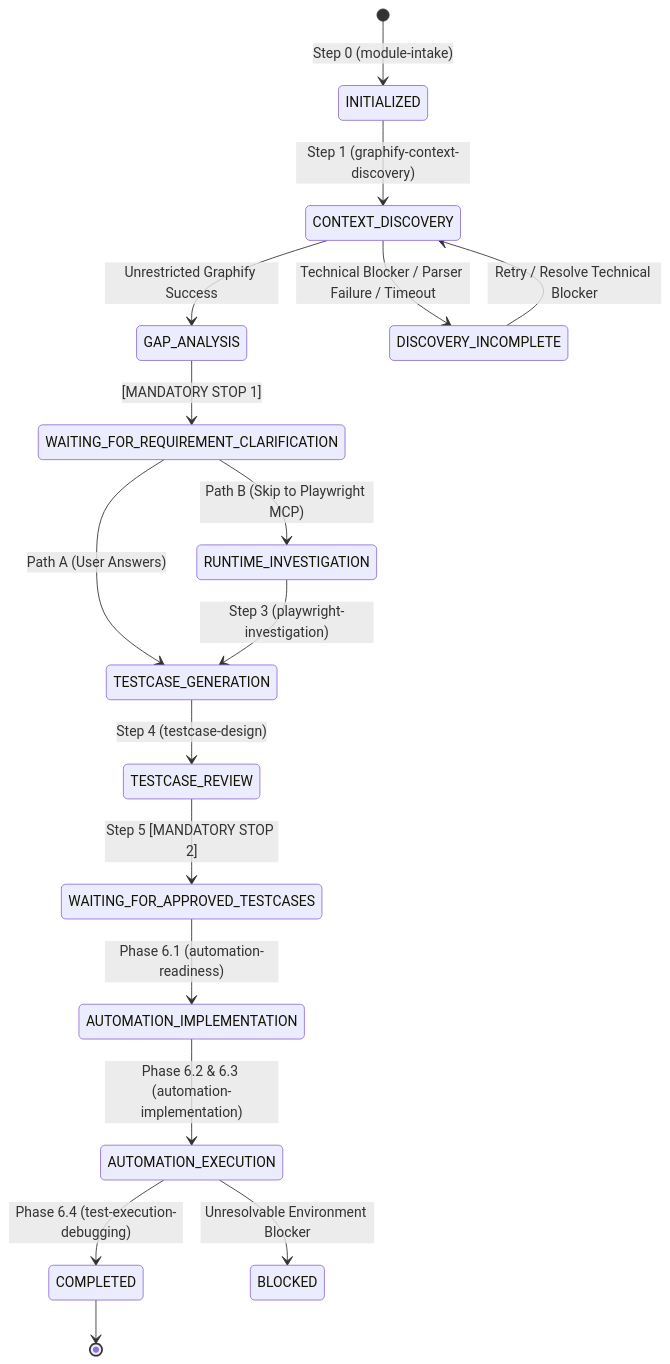
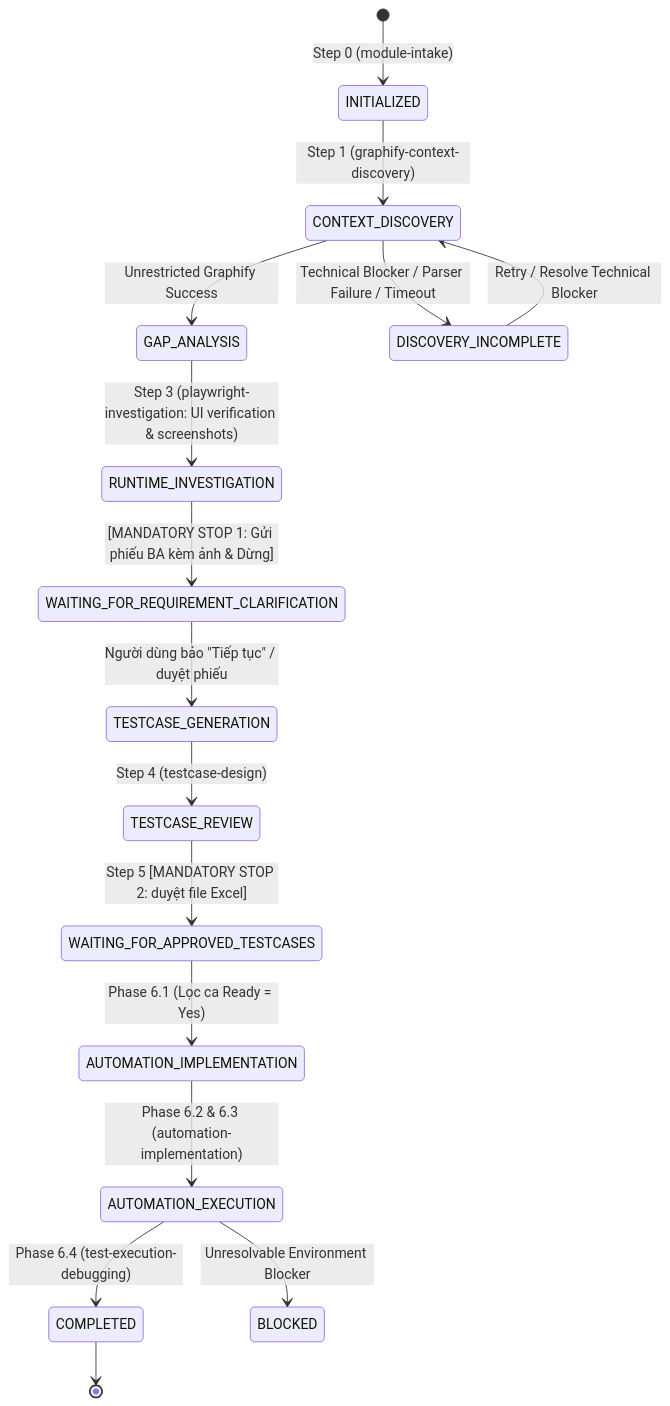
Before and after one commit to Dang-nhut-tan/QA-skill: the diagram in skills/workflow-orchestrator/SKILL.md, drawn with Mermaid. The commit also changed other lines of this file and 5 other files, not shown here.

Commit message:
feat(workflow): proactively verify gaps on UI via Playwright MCP with screenshots before BA gate and require explicit continue command

````diff
--- a/skills/workflow-orchestrator/SKILL.md
+++ b/skills/workflow-orchestrator/SKILL.md
@@ -24,23 +24,22 @@
 ```mermaid
 stateDiagram-v2
     [*] --> INITIALIZED: Step 0 (module-intake)
     INITIALIZED --> CONTEXT_DISCOVERY: Step 1 (graphify-context-discovery)
     CONTEXT_DISCOVERY --> GAP_ANALYSIS: Unrestricted Graphify Success
     CONTEXT_DISCOVERY --> DISCOVERY_INCOMPLETE: Technical Blocker / Parser Failure / Timeout
     DISCOVERY_INCOMPLETE --> CONTEXT_DISCOVERY: Retry / Resolve Technical Blocker
     
-    GAP_ANALYSIS --> WAITING_FOR_REQUIREMENT_CLARIFICATION: [MANDATORY STOP 1]
+    GAP_ANALYSIS --> RUNTIME_INVESTIGATION: Step 3 (playwright-investigation: UI verification & screenshots)
+    RUNTIME_INVESTIGATION --> WAITING_FOR_REQUIREMENT_CLARIFICATION: [MANDATORY STOP 1: Gửi phiếu BA kèm ảnh & Dừng]
     
-    WAITING_FOR_REQUIREMENT_CLARIFICATION --> TESTCASE_GENERATION: Path A (User Answers)
-    WAITING_FOR_REQUIREMENT_CLARIFICATION --> RUNTIME_INVESTIGATION: Path B (Skip to Playwright MCP)
-    RUNTIME_INVESTIGATION --> TESTCASE_GENERATION: Step 3 (playwright-investigation)
+    WAITING_FOR_REQUIREMENT_CLARIFICATION --> TESTCASE_GENERATION: Người dùng bảo "Tiếp tục" / duyệt phiếu
     
     TESTCASE_GENERATION --> TESTCASE_REVIEW: Step 4 (testcase-design)
-    TESTCASE_REVIEW --> WAITING_FOR_APPROVED_TESTCASES: Step 5 [MANDATORY STOP 2]
+    TESTCASE_REVIEW --> WAITING_FOR_APPROVED_TESTCASES: Step 5 [MANDATORY STOP 2: duyệt file Excel]
     
-    WAITING_FOR_APPROVED_TESTCASES --> AUTOMATION_IMPLEMENTATION: Phase 6.1 (automation-readiness)
+    WAITING_FOR_APPROVED_TESTCASES --> AUTOMATION_IMPLEMENTATION: Phase 6.1 (Lọc ca Ready = Yes)
     AUTOMATION_IMPLEMENTATION --> AUTOMATION_EXECUTION: Phase 6.2 & 6.3 (automation-implementation)
     AUTOMATION_EXECUTION --> COMPLETED: Phase 6.4 (test-execution-debugging)
     AUTOMATION_EXECUTION --> BLOCKED: Unresolvable Environment Blocker
     COMPLETED --> [*]
 ```
````
